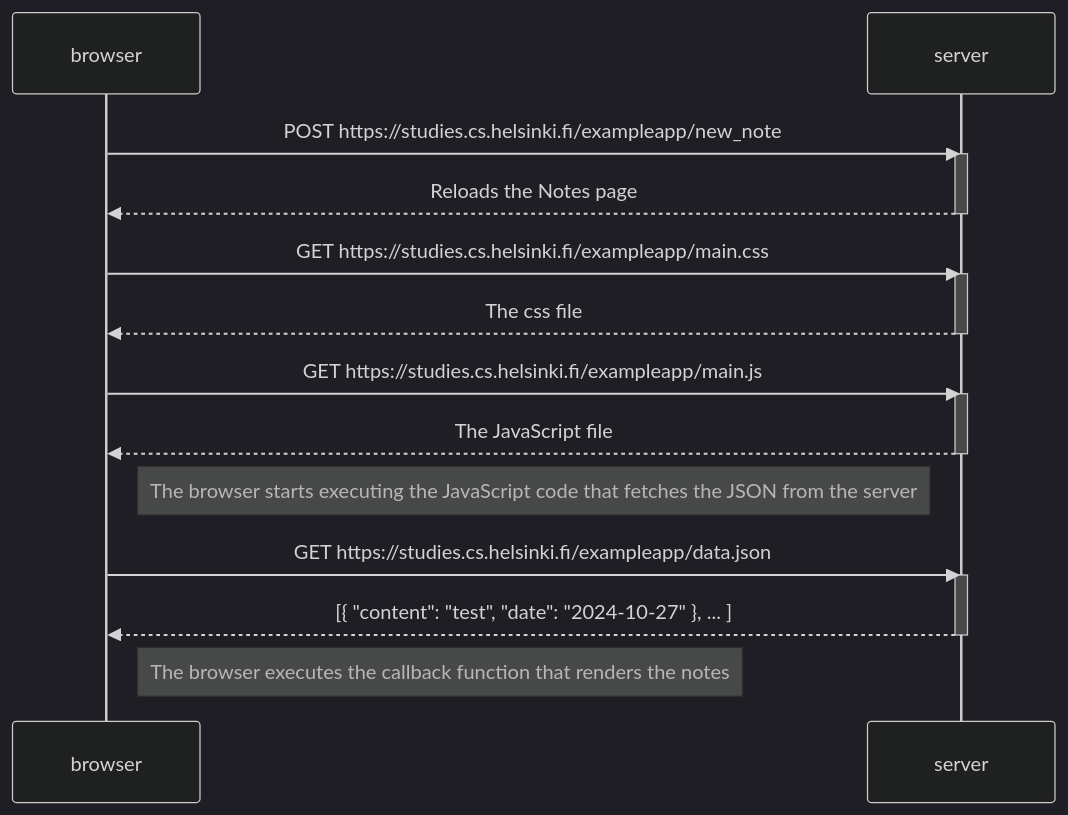
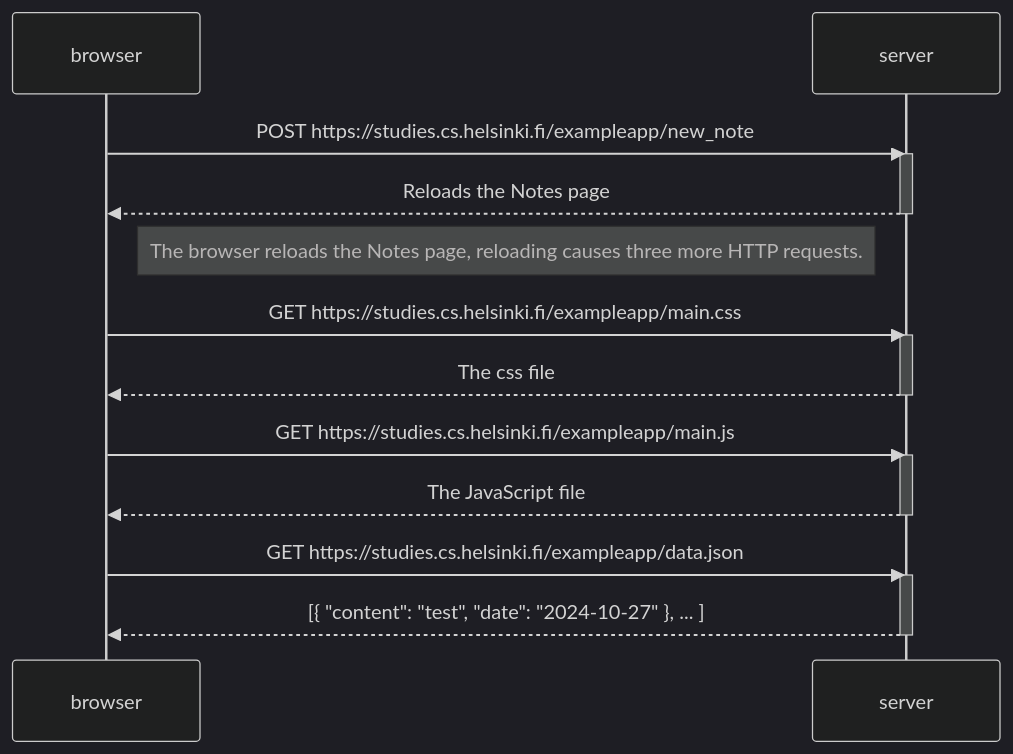
The diagram in Exercise 0.4.md (sromeropo/fullstackopen), drawn with Mermaid (dark theme) before and after one commit.

Commit message:
Update Exercise 0.4.md

````diff
--- a/Exercise 0.4.md
+++ b/Exercise 0.4.md
@@ -1,29 +1,27 @@
 ```mermaid
 sequenceDiagram
     participant browser
     participant server
 
     browser->>server: POST https://studies.cs.helsinki.fi/exampleapp/new_note
     activate server
     server-->>browser: Reloads the Notes page
     deactivate server
+
+     Note right of browser: The browser reloads the Notes page, reloading causes three more HTTP requests.
 
     browser->>server: GET https://studies.cs.helsinki.fi/exampleapp/main.css
     activate server
     server-->>browser: The css file
     deactivate server
 
     browser->>server: GET https://studies.cs.helsinki.fi/exampleapp/main.js
     activate server
     server-->>browser: The JavaScript file
     deactivate server
 
-    Note right of browser: The browser starts executing the JavaScript code that fetches the JSON from the server
-
     browser->>server: GET https://studies.cs.helsinki.fi/exampleapp/data.json
     activate server
     server-->>browser: [{ "content": "test", "date": "2024-10-27" }, ... ]
     deactivate server
-
-    Note right of browser: The browser executes the callback function that renders the notes
 ```
````
